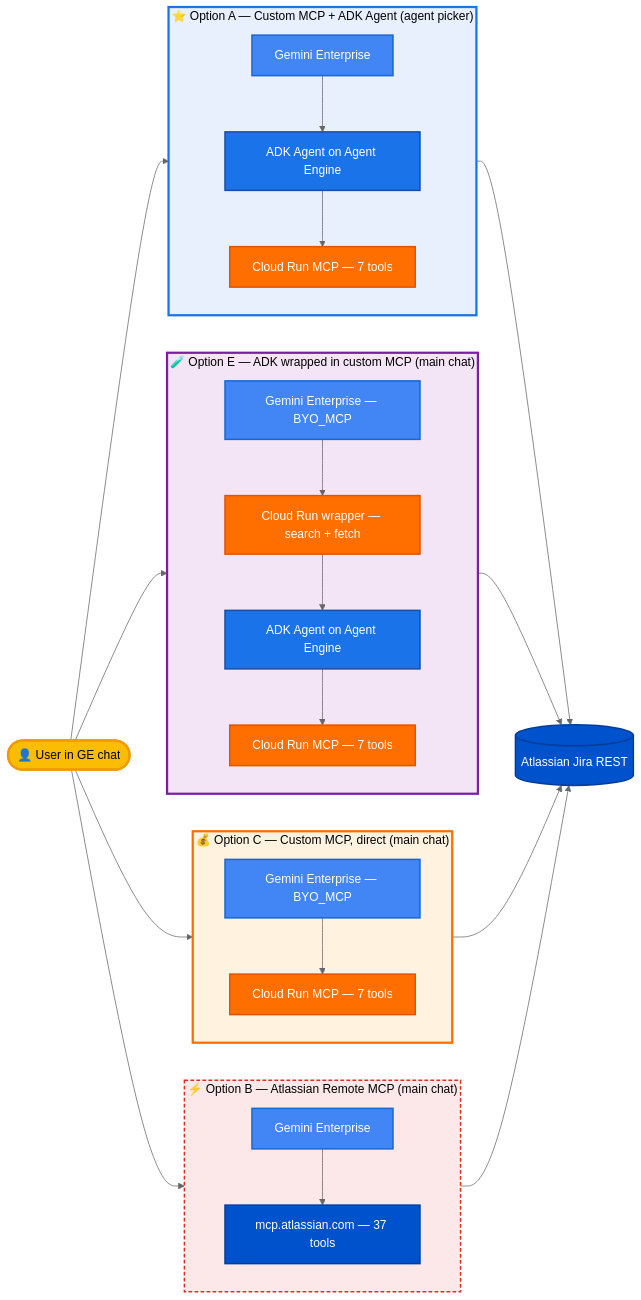
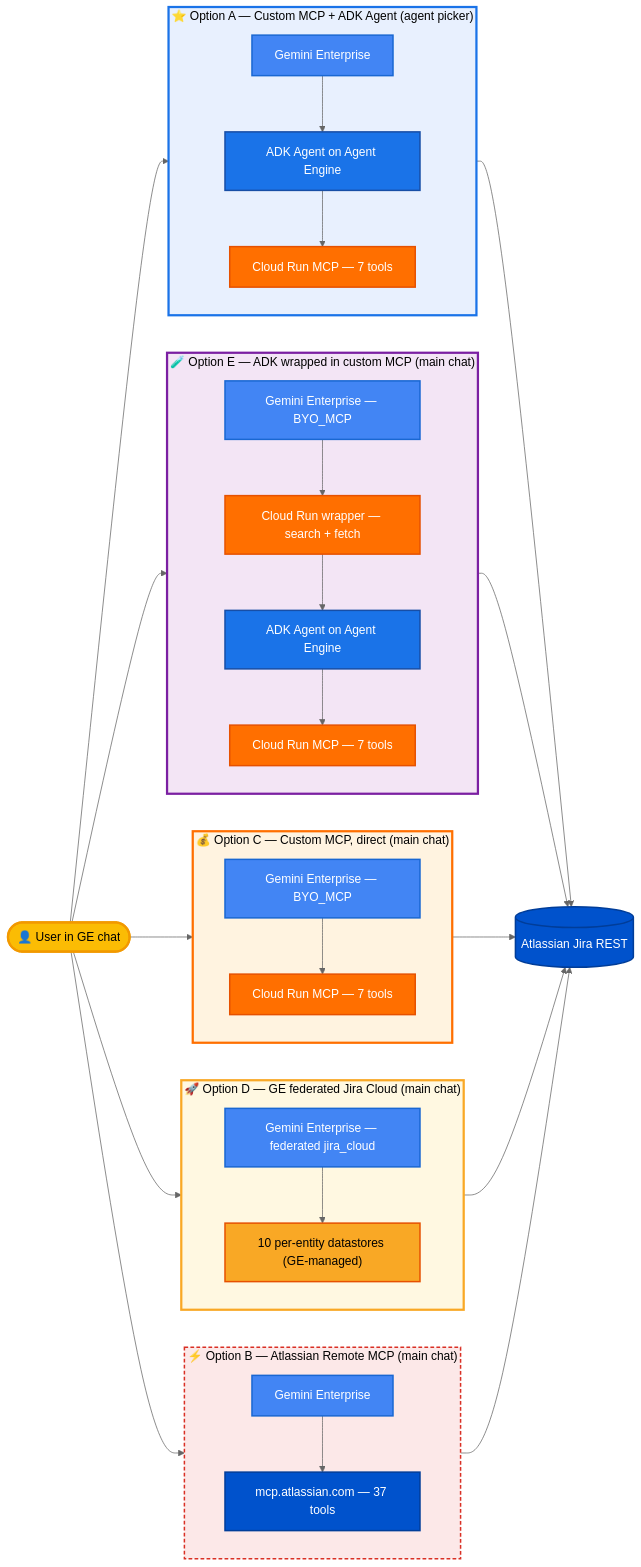
Before and after one commit to jchavezar/vertex-ai-samples: the diagram in semiautonomous-agents/atlassian-jira-integration/README.md, drawn with Mermaid (neutral theme). The commit also changed other lines of this file and 5 other files, not shown here.

````diff
--- a/semiautonomous-agents/atlassian-jira-integration/README.md
+++ b/semiautonomous-agents/atlassian-jira-integration/README.md
@@ -9,48 +9,57 @@
 ```mermaid
 flowchart LR
   user(["👤 User in GE chat"]):::user
 
   subgraph A ["⭐ Option A — Custom MCP + ADK Agent (agent picker)"]
     direction TB
     ge_a["Gemini Enterprise"]:::ge --> ae["ADK Agent on Agent Engine"]:::ae
     ae --> mcp_a["Cloud Run MCP — 7 tools"]:::cr
   end
 
   subgraph E ["🧪 Option E — ADK wrapped in custom MCP (main chat)"]
     direction TB
     ge_e["Gemini Enterprise — BYO_MCP"]:::ge --> wrap["Cloud Run wrapper — search + fetch"]:::cr
     wrap --> ae_e["ADK Agent on Agent Engine"]:::ae
     ae_e --> mcp_e["Cloud Run MCP — 7 tools"]:::cr
   end
 
   subgraph C ["💰 Option C — Custom MCP, direct (main chat)"]
     direction TB
     ge_c["Gemini Enterprise — BYO_MCP"]:::ge --> mcp_c["Cloud Run MCP — 7 tools"]:::cr
   end
 
+  subgraph D ["🚀 Option D — GE federated Jira Cloud (main chat)"]
+    direction TB
+    ge_d["Gemini Enterprise — federated jira_cloud"]:::ge --> fed["10 per-entity datastores (GE-managed)"]:::fed
+  end
+
   subgraph B ["⚡ Option B — Atlassian Remote MCP (main chat)"]
     direction TB
     ge_b["Gemini Enterprise"]:::ge --> rmcp["mcp.atlassian.com — 37 tools"]:::rmcp
   end
 
   user --> A
   user --> E
   user --> C
+  user --> D
   user --> B
 
   A --> jira[("Atlassian Jira REST")]:::jira
   E --> jira
   C --> jira
+  D --> jira
   B --> jira
 
   classDef user fill:#FBBC04,stroke:#F29900,stroke-width:3px,color:#000
   classDef ge fill:#4285F4,stroke:#1967D2,stroke-width:2px,color:#fff
   classDef ae fill:#1A73E8,stroke:#174EA6,stroke-width:2px,color:#fff
   classDef cr fill:#FF6F00,stroke:#E65100,stroke-width:2px,color:#fff
+  classDef fed fill:#F9A825,stroke:#E65100,stroke-width:2px,color:#000
   classDef rmcp fill:#0052CC,stroke:#003D99,stroke-width:2px,color:#fff
   classDef jira fill:#0052CC,stroke:#003D99,stroke-width:2px,color:#fff
   style A fill:#E8F0FE,stroke:#1A73E8,stroke-width:3px,color:#000
   style E fill:#F3E5F5,stroke:#7B1FA2,stroke-width:3px,color:#000
   style C fill:#FFF3E0,stroke:#FF6F00,stroke-width:3px,color:#000
+  style D fill:#FFF8E1,stroke:#F9A825,stroke-width:3px,color:#000
   style B fill:#FCE8E8,stroke:#D93025,stroke-width:2px,stroke-dasharray:5 3,color:#000
 ```
````
